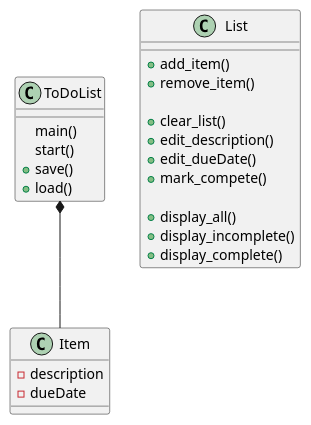
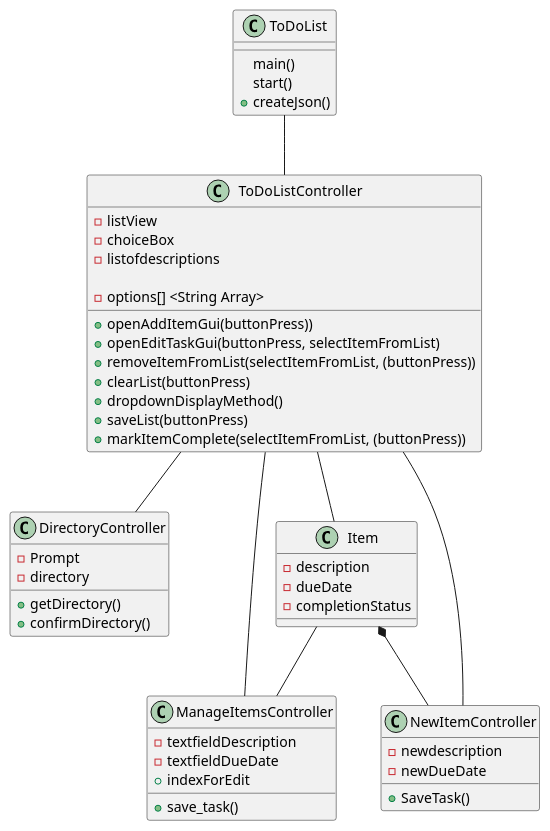
The diagram in uml/ToDoList_Revisions_Part2.puml (PShannon-Dev/Shannon-cop3330-assignment4part2), drawn with PlantUML before and after one commit. The commit also changed 20 other files, not shown here.

Commit message:
Revisions added to uml, readme.md added, updates to code to satisfy new requirements

```diff
--- a/uml/ToDoList_Revisions_Part2.puml
+++ b/uml/ToDoList_Revisions_Part2.puml
@@ -1,38 +1,65 @@
 @startuml
 'https://plantuml.com/salt
 
 class ToDoList{
     main()
     start()
-    + save()
-    + load()
+    + createJson()
+}
+ToDoList -- ToDoListController
+class ToDoListController{
+    - listView
+    - choiceBox
+    - listofdescriptions
+
+    'strings for the dropdown
+    - options[] <String Array>
+
+    'gets directory as string and passes it through to folder and json creation
+    + openAddItemGui(buttonPress))
+    + openEditTaskGui(buttonPress, selectItemFromList)
+    + removeItemFromList(selectItemFromList, (buttonPress))
+    + clearList(buttonPress)
+    + dropdownDisplayMethod()
+    'if directory has not been made, make it
+    + saveList(buttonPress)
+    + markItemComplete(selectItemFromList, (buttonPress))
+
+}
+class DirectoryController{
+    - Prompt
+    - directory
+    + getDirectory()
+    +confirmDirectory()
+}
+ToDoListController -- DirectoryController
+
+class ManageItemsController{
+    -textfieldDescription
+    -textfieldDueDate
+    'make public and static to be accessed by other classes without making an instance of the class
+    +indexForEdit
+
+    +save_task()
 }
 
-class List{
-    'only one list needs to be managed
-    'stores at least 100 items
-    + add_item()
-    + remove_item()
-
-    'clear list needs to remove all items from list
-    + clear_list()
-    + edit_description()
-    + edit_dueDate()
-    + mark_compete()
-
-    'display options
-    + display_all()
-    + display_incomplete()
-    + display_complete()
+class NewItemController{
+    - newdescription
+    - newDueDate
+    + SaveTask()
 }
 
+ToDoListController -- NewItemController
+ToDoListController --Item
+Item *--NewItemController
+ToDoListController -- ManageItemsController
+Item -- ManageItemsController
 class Item{
     '1-256 chars in length
     -description
-    'given to user as: yyyy-mm-dd
+    'given from user as: yyyy-mm-dd
     -dueDate
-
+    -completionStatus
 }
 
-ToDoList*--Item
 @enduml
```
